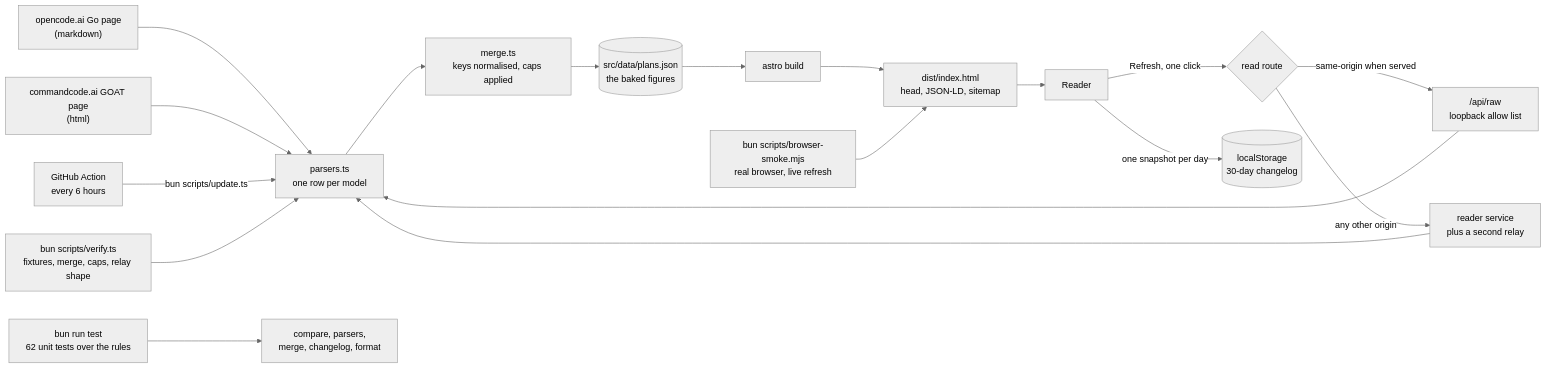
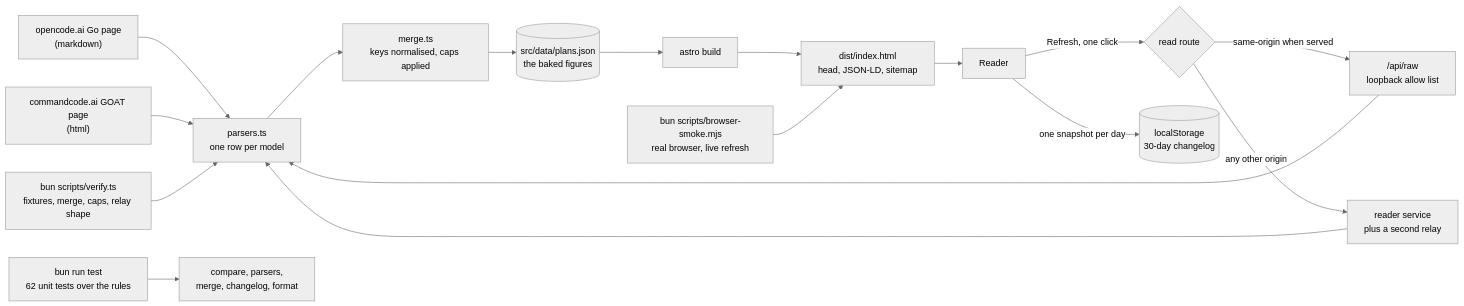
One commit to KurutoDenzeru/Kodeverse changed the diagram in README.md. Above: the diagram before and after it, drawn with Mermaid (neutral theme). The commit also changed other lines of this file and 2 other files, not shown here.

Commit message:
chore: drop the GitHub Actions workflows, the web app Refresh is the read path

````diff
--- a/README.md
+++ b/README.md
@@ -56,20 +56,19 @@
 ```mermaid
 flowchart LR
   OC["opencode.ai Go page<br/>(markdown)"] --> PARSE["parsers.ts<br/>one row per model"]
   CC["commandcode.ai GOAT page<br/>(html)"] --> PARSE
-  CRON["GitHub Action<br/>every 6 hours"] -->|"bun scripts/update.ts"| PARSE
   PARSE --> MERGE["merge.ts<br/>keys normalised, caps applied"]
   MERGE --> JSON[("src/data/plans.json<br/>the baked figures")]
   JSON --> BUILD["astro build"]
   BUILD --> PAGE["dist/index.html<br/>head, JSON-LD, sitemap"]
   PAGE --> READER["Reader"]
   READER -->|"Refresh, one click"| ROUTE{"read route"}
   ROUTE -->|"same-origin when served"| PROXY["/api/raw<br/>loopback allow list"]
   ROUTE -->|"any other origin"| RELAY["reader service<br/>plus a second relay"]
   PROXY --> PARSE
   RELAY --> PARSE
   READER -->|"one snapshot per day"| LOG[("localStorage<br/>30-day changelog")]
   GATE["bun scripts/verify.ts<br/>fixtures, merge, caps, relay shape"] --> PARSE
   SMOKE["bun scripts/browser-smoke.mjs<br/>real browser, live refresh"] --> PAGE
   UNIT["bun run test<br/>62 unit tests over the rules"] --> RULES["compare, parsers,<br/>merge, changelog, format"]
 ```
````
